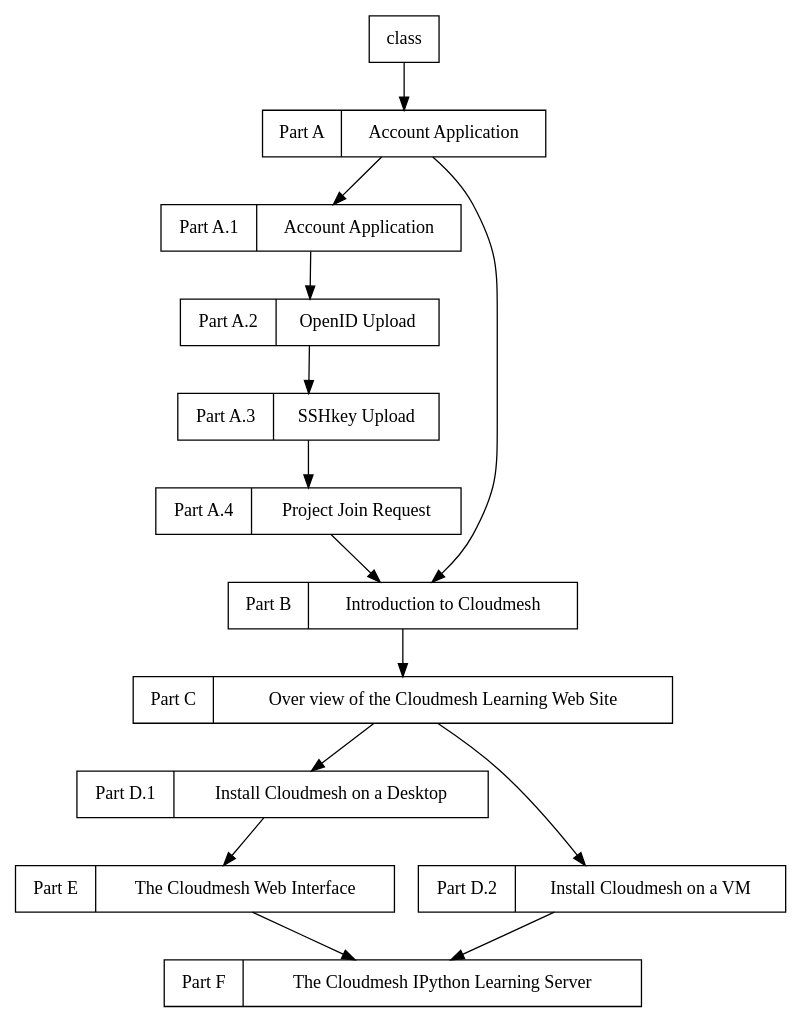
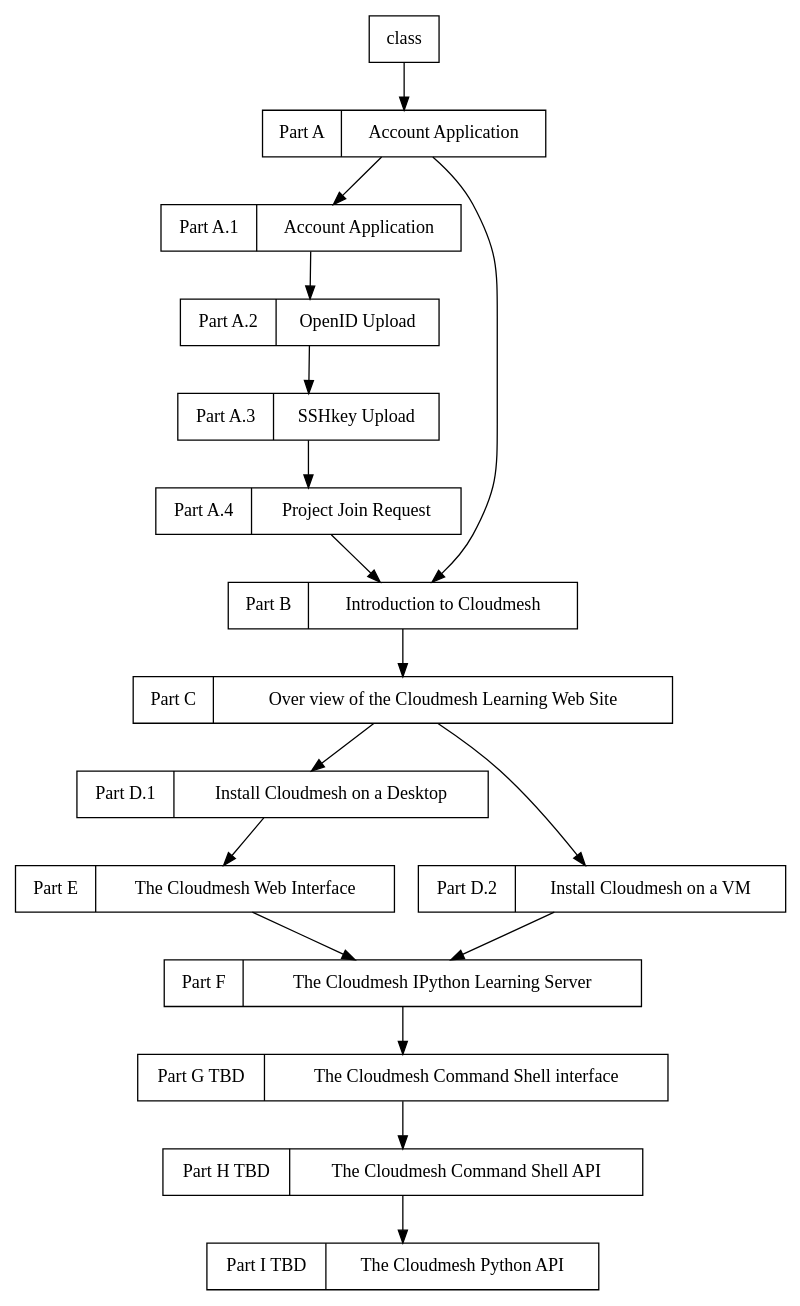
The diagram in docs/source/class/i590.rst (cloudmesh/useful-introduction_to_cloud-2015), drawn with Graphviz before and after one commit. The commit also changed other lines of this file and 20 other files, not shown here.

```diff
--- a/docs/source/class/i590.rst
+++ b/docs/source/class/i590.rst
@@ -13,60 +13,72 @@
 .. graphviz::
 
       digraph foo {
 	   node [shape=record];
 
 	   a [label="Part A | Account Application ",
 	       URL="http://www.youtube.com/watch?v=CwHFaluDgzc", 
 	       target="_blank"];
 
 	   a1 [label="Part A.1 | Account Application ",
 	       URL="http://www.youtube.com/watch?v=c7mjKI8mJws", 
 	       target="_blank"];
 
 	   a2 [label="Part A.2 | OpenID Upload ",
 	       URL="http://www.youtube.com/watch?v=rZzpCYWDEpI", 
 	       target="_blank"];
 
 	   a3 [label="Part A.3 | SSHkey Upload ",
 	       URL="http://www.youtube.com/watch?v=4wjVwQbOlSU", 
 	       target="_blank"];
 
 	   a4 [label="Part A.4 | Project Join Request",
 	       URL="http://www.youtube.com/watch?v=5xQiPBwt58s", 
 	       target="_blank"];
 
 	   b [label="Part B | Introduction to Cloudmesh ",
 	       URL="http://www.youtube.com/watch?v=njHHjRMb7V8", 
 	       target="_blank"];
 
 	   c [label="Part C | Over view of the Cloudmesh Learning Web Site",
 	       URL="http://www.youtube.com/watch?v=uGIPmiJ0cxg", 
 	       target="_blank"];
 
 	   d1 [label="Part D.1 | Install Cloudmesh on a Desktop",
 	       URL="http://www.youtube.com/watch?v=lGiJifD0VgU", 
 	       target="_blank"];
 
 	   d2 [label="Part D.2 | Install Cloudmesh on a VM",
 	       URL="http://www.youtube.com/watch?v=rcecpgm-47g", 
 	       target="_blank"];
 
 	   e  [label="Part E | The Cloudmesh Web Interface",
 	       URL="http://www.youtube.com/watch?v=l_P4G85rysA", 
 	       target="_blank"];
 
 	   f  [label="Part F | The Cloudmesh IPython Learning Server",
 	       URL="http://www.youtube.com/watch?v=1dn_av-zC00", 
 	       target="_blank"];
 
+	   g  [label="Part G TBD | The Cloudmesh Command Shell interface",
+	       URL="http://www.youtube.com/watch?v=", 
+	       target="_blank"];
+
+	   h  [label="Part H TBD | The Cloudmesh Command Shell API",
+	       URL="http://www.youtube.com/watch?v=", 
+	       target="_blank"];
+
+	   i  [label="Part I TBD | The Cloudmesh Python API",
+	       URL="http://www.youtube.com/watch?v=", 
+	       target="_blank"];
+
            subgraph accounts {
 	       a1 -> a2 -> a3 -> a4 
            }
 
 	   a -> a1 [lhead=accounts];
 	   a4 -> b [ltail=accounts];
 	   class -> a -> b -> c ;
 	   c -> d1;
 	   c -> d2 -> f;
-	   d1 -> e -> f ;
+	   d1 -> e -> f -> g -> h -> i;
       }
```
